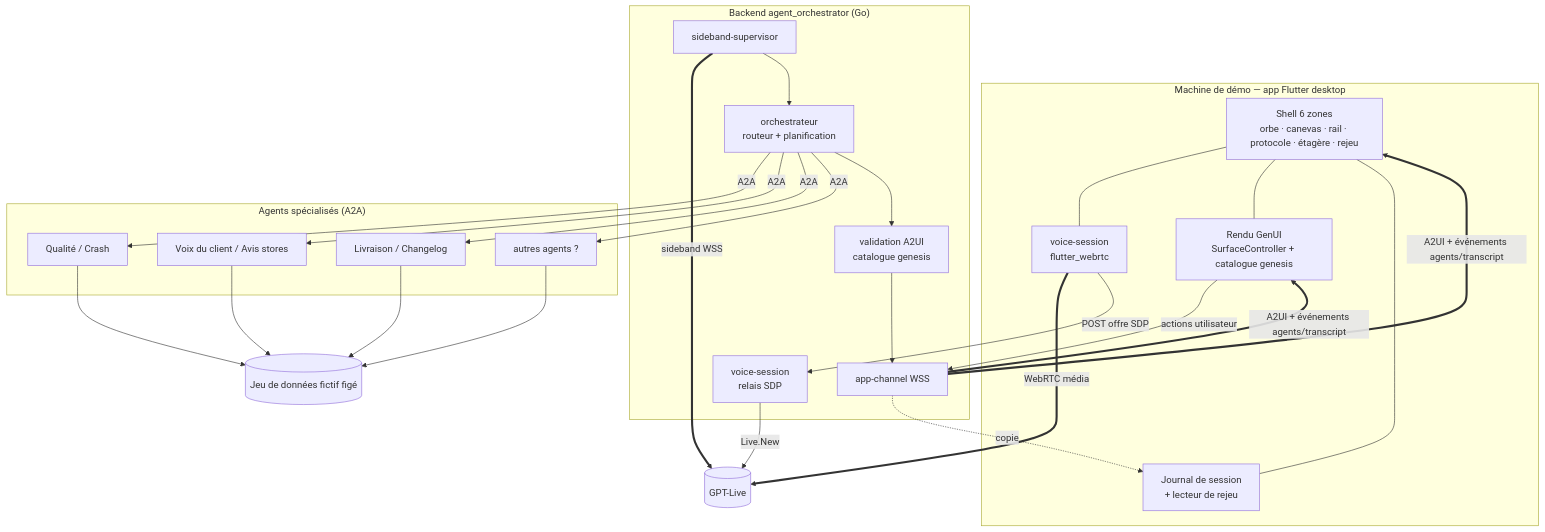
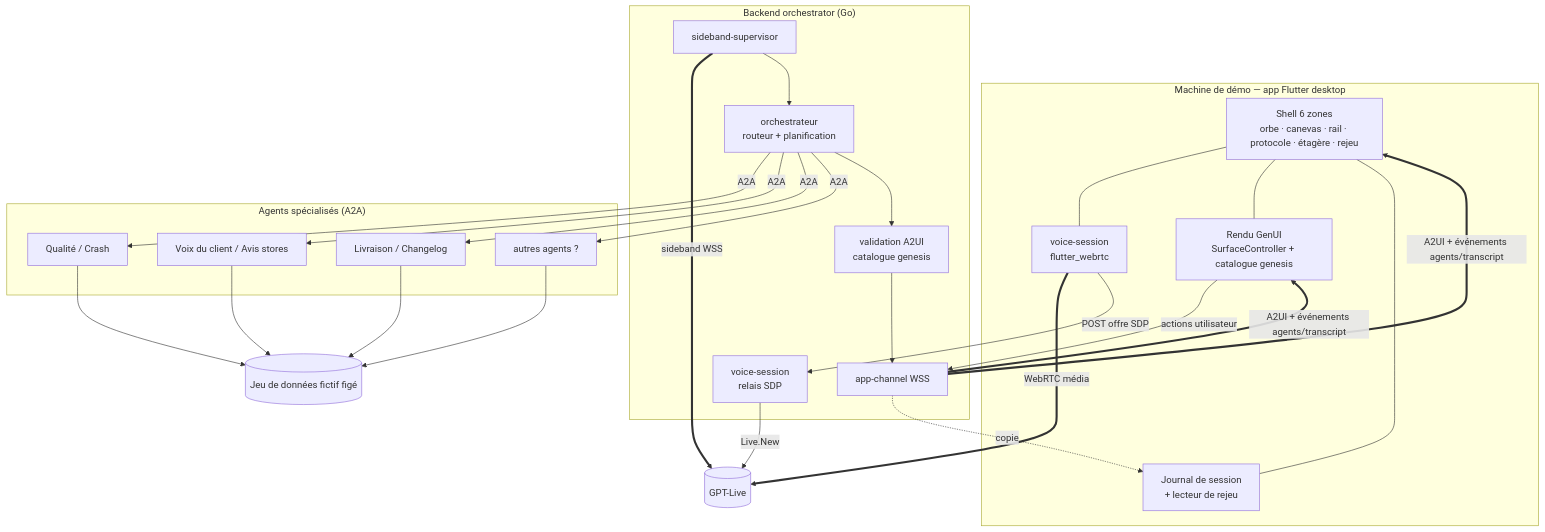
One commit to b-fontaine/ai_voice_ui changed the second of 2 diagrams in product/architecture/overview.md. Above: the diagram before and after it, drawn with Mermaid. The commit also changed 12 other files, not shown here.

````diff
--- a/product/architecture/overview.md
+++ b/product/architecture/overview.md
@@ -52,36 +52,36 @@
 ```mermaid
 flowchart TB
   subgraph Client["Machine de démo — app Flutter desktop"]
     ui[Shell 6 zones<br/>orbe · canevas · rail · protocole · étagère · rejeu]
     voice[voice-session<br/>flutter_webrtc]
     render[Rendu GenUI<br/>SurfaceController + catalogue genesis]
     journal[Journal de session<br/>+ lecteur de rejeu]
     ui --- voice & render & journal
   end
-  subgraph Backend["Backend agent_orchestrator (Go)"]
+  subgraph Backend["Backend orchestrator (Go)"]
     vs[voice-session<br/>relais SDP]
     sb[sideband-supervisor]
     orch[orchestrateur<br/>routeur + planification]
     a2ui[validation A2UI<br/>catalogue genesis]
     appch[app-channel WSS]
   end
   subgraph Agents["Agents spécialisés (A2A)"]
     q[Qualité / Crash]
     v[Voix du client / Avis stores]
     l[Livraison / Changelog]
     c[autres agents ?]
   end
   data[(Jeu de données fictif figé)]
   oai[(GPT-Live)]
   voice == WebRTC média ==> oai
   voice -- POST offre SDP --> vs
   vs -- Live.New --> oai
   sb == sideband WSS ==> oai
   sb --> orch
   orch -- A2A --> q & v & l & c
   q & v & l & c --> data
   orch --> a2ui --> appch
   appch == A2UI + événements agents/transcript ==> render & ui
   render -- actions utilisateur --> appch
   appch -. copie .-> journal
 ```
````
